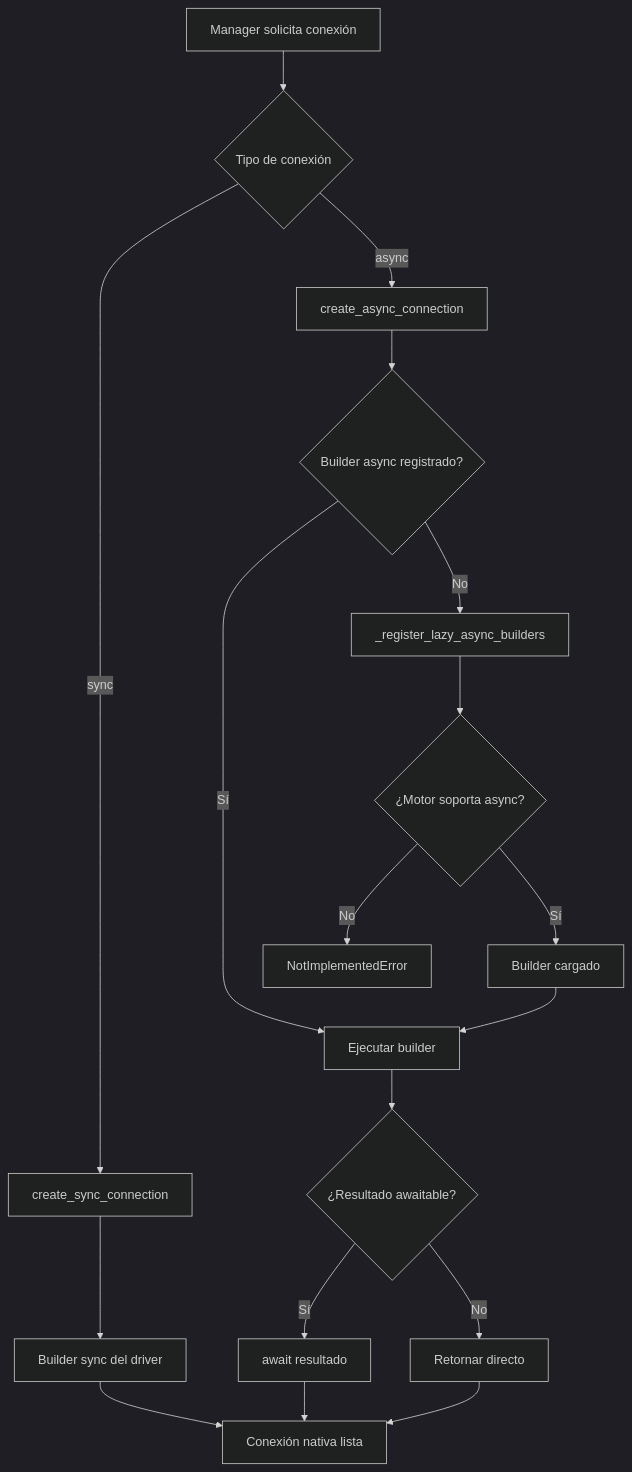
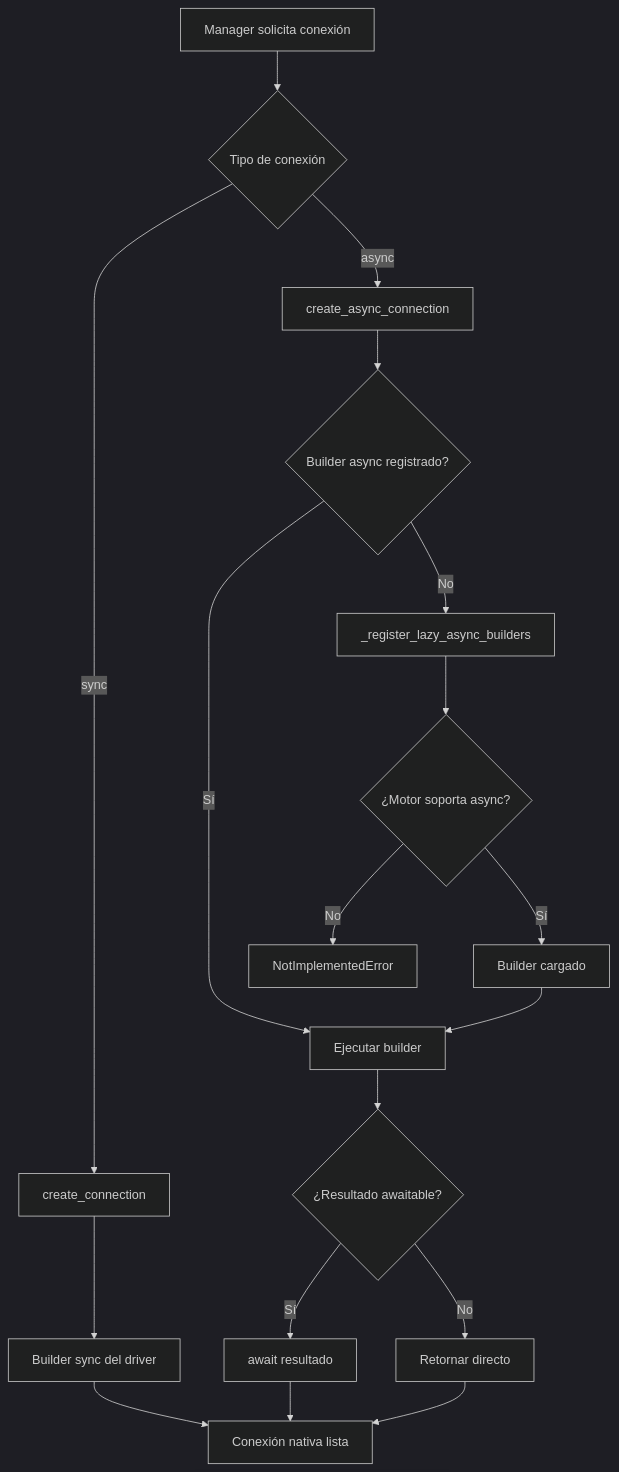
Before and after one commit to fmanza/util_bbdd: the diagram in docs/api/connection_factory.md, drawn with Mermaid (dark theme). The commit also changed other lines of this file and 24 other files, not shown here.

````diff
--- a/docs/api/connection_factory.md
+++ b/docs/api/connection_factory.md
@@ -7,19 +7,19 @@
 ```mermaid
 flowchart TD
     A[Manager solicita conexión] --> B{Tipo de conexión}
-    B -->|sync| C[create_sync_connection]
+    B -->|sync| C[create_connection]
     B -->|async| D[create_async_connection]
     C --> E[Builder sync del driver]
     D --> F{Builder async registrado?}
     F -->|Sí| G[Ejecutar builder]
     F -->|No| H[_register_lazy_async_builders]
     H --> I{¿Motor soporta async?}
     I -->|No| J[NotImplementedError]
     I -->|Sí| K[Builder cargado]
     K --> G
     G --> L{¿Resultado awaitable?}
     L -->|Sí| M[await resultado]
     L -->|No| N[Retornar directo]
     M & N --> O[Conexión nativa lista]
     E --> O
 ```
````
